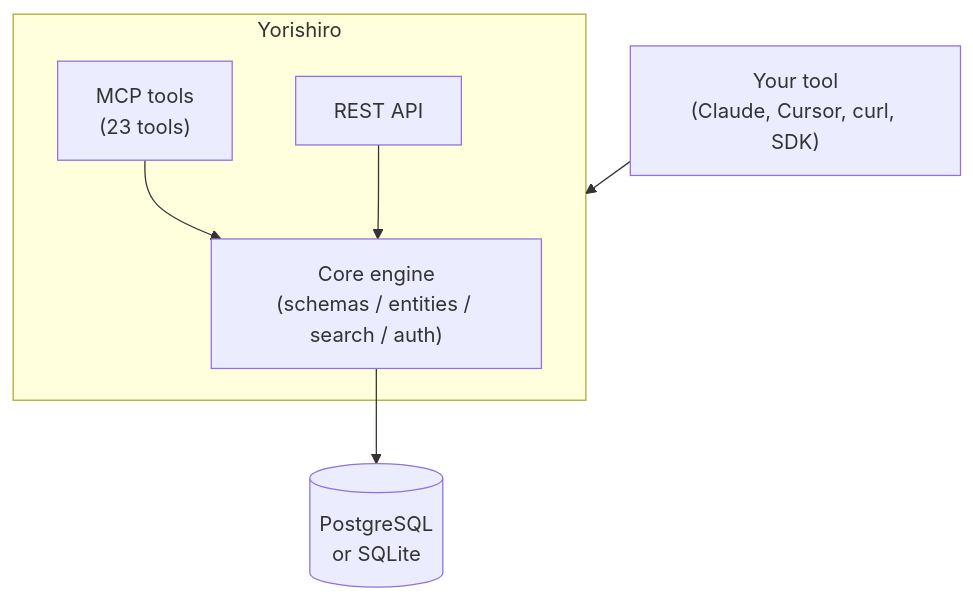
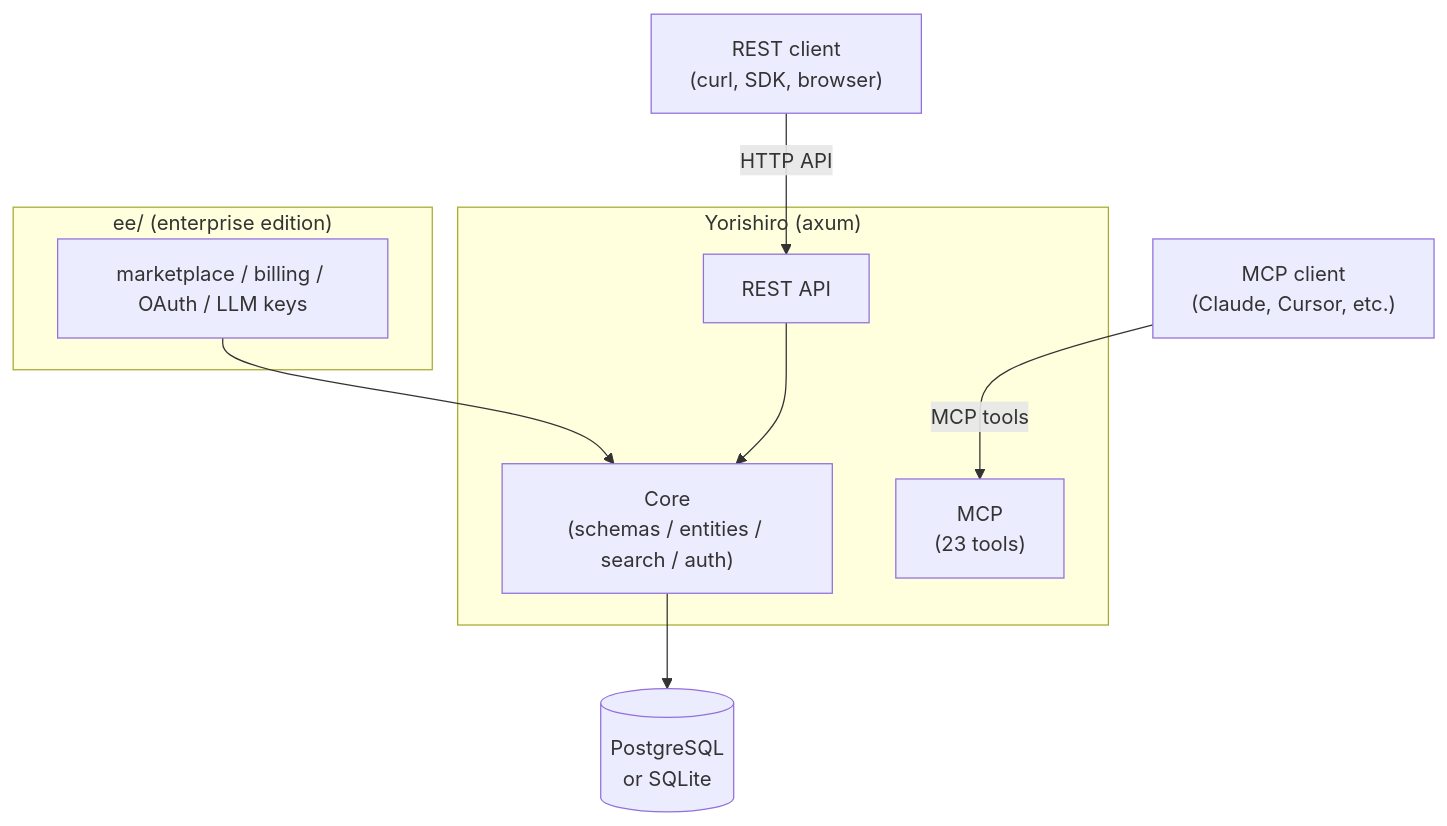
Before and after one commit to yorishiro-ai/yorishiro: the diagram in README.md, drawn with Mermaid. The commit also changed 2 other files, not shown here.

Commit message:
fix: correct architecture diagram and add swagger dependency
- README architecture diagram: MCP client → MCP tools, REST client → REST API (not both to Core)
- Add Swagger 0.3 to Cargo.toml for OpenAPI spec generation

````diff
--- a/README.md
+++ b/README.md
@@ -19,17 +19,23 @@
 ```mermaid
 flowchart TD
-    Client["Your tool<br/>(Claude, Cursor, curl, SDK)"]
+    MCPClient["MCP client<br/>(Claude, Cursor, etc.)"]
+    RESTClient["REST client<br/>(curl, SDK, browser)"]
 
-    subgraph Server["Yorishiro"]
-        Core["Core engine<br/>(schemas / entities / search / auth)"]
-        MCP["MCP tools<br/>(23 tools)"]
+    subgraph Enterprise["ee/ (enterprise edition)"]
+        EnterpriseREST["marketplace / billing / OAuth / LLM keys"]
+    end
+
+    subgraph Server["Yorishiro (axum)"]
+        Core["Core<br/>(schemas / entities / search / auth)"]
+        MCP["MCP<br/>(23 tools)"]
         REST["REST API"]
     end
 
     DB[("PostgreSQL<br/>or SQLite")]
 
-    Client --> Server
-    MCP --> Core
+    MCPClient -->|"MCP tools"| MCP
+    RESTClient -->|"HTTP API"| REST
     REST --> Core
+    EnterpriseREST --> Core
     Core --> DB
 ```
````
